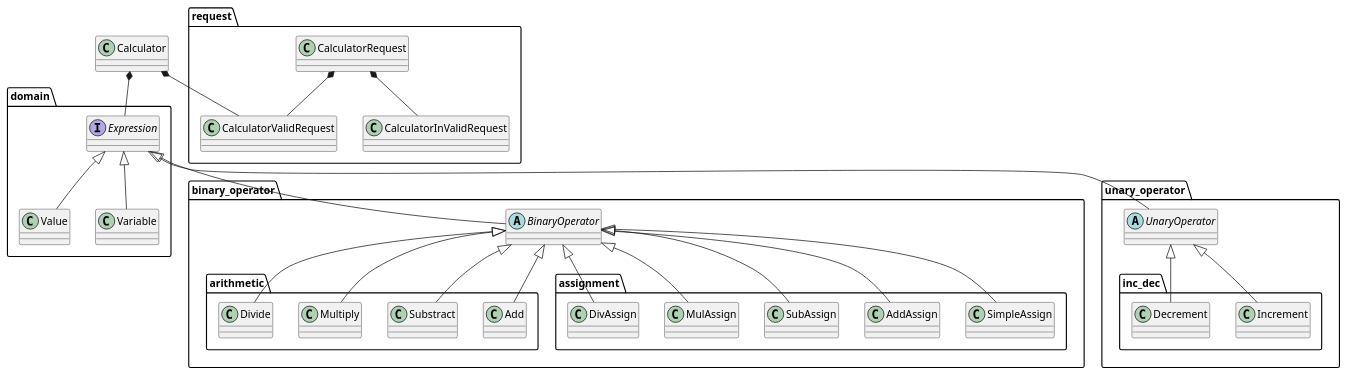
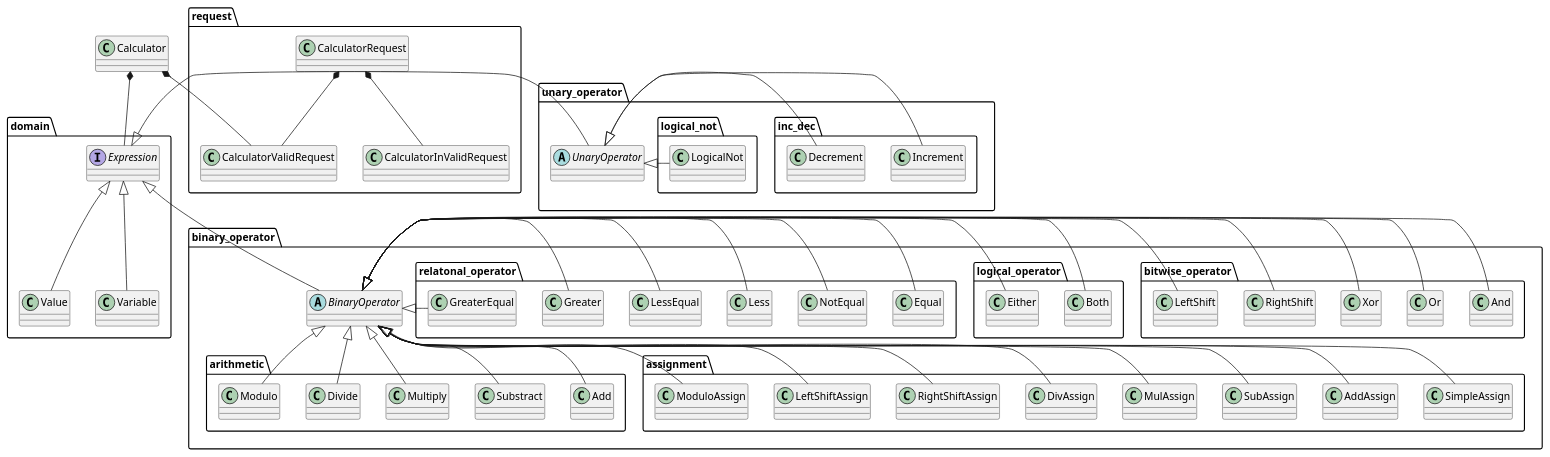
The diagram in doc/class_diagram.pu (ue-sho/Calculator), drawn with PlantUML before and after one commit.

Commit message:
doc: クラス図を修正
コード修正分を追加した

```diff
--- a/doc/class_diagram.pu
+++ b/doc/class_diagram.pu
@@ -1,40 +1,66 @@
 @startuml class
 package domain {
     interface Expression
     Expression <|-- Value
     Expression <|-- Variable
 }
 package binary_operator {
     abstract BinaryOperator
     Expression <|-- BinaryOperator
     package arithmetic {
         BinaryOperator <|-- Add
         BinaryOperator <|-- Substract
         BinaryOperator <|-- Multiply
         BinaryOperator <|-- Divide
+        BinaryOperator <|-- Modulo
     }
     package assignment {
         BinaryOperator <|-- SimpleAssign
         BinaryOperator <|-- AddAssign
         BinaryOperator <|-- SubAssign
         BinaryOperator <|-- MulAssign
         BinaryOperator <|-- DivAssign
+        BinaryOperator <|-- RightShiftAssign
+        BinaryOperator <|-- LeftShiftAssign
+        BinaryOperator <|-- ModuloAssign
+    }
+    package bitwise_operator {
+        BinaryOperator <|- And
+        BinaryOperator <|- Or
+        BinaryOperator <|- Xor
+        BinaryOperator <|- RightShift
+        BinaryOperator <|- LeftShift
+    }
+    package logical_operator {
+        BinaryOperator <|- Both
+        BinaryOperator <|- Either
+    }
+    package relatonal_operator {
+        BinaryOperator <|- Equal
+        BinaryOperator <|- NotEqual
+        BinaryOperator <|- Less
+        BinaryOperator <|- LessEqual
+        BinaryOperator <|- Greater
+        BinaryOperator <|- GreaterEqual
     }
 }
 package unary_operator {
     abstract UnaryOperator
-    Expression <|-- UnaryOperator
+    Expression <|- UnaryOperator
     package inc_dec {
-        UnaryOperator <|-- Increment
-        UnaryOperator <|-- Decrement
+        UnaryOperator <|- Increment
+        UnaryOperator <|- Decrement
+    }
+    package logical_not {
+        UnaryOperator <|- LogicalNot
     }
 }
 package request {
     CalculatorRequest *-- CalculatorValidRequest
     CalculatorRequest *-- CalculatorInValidRequest
 }
 Calculator *-- Expression
 Calculator *-- CalculatorValidRequest
 
 
 @enduml
```
